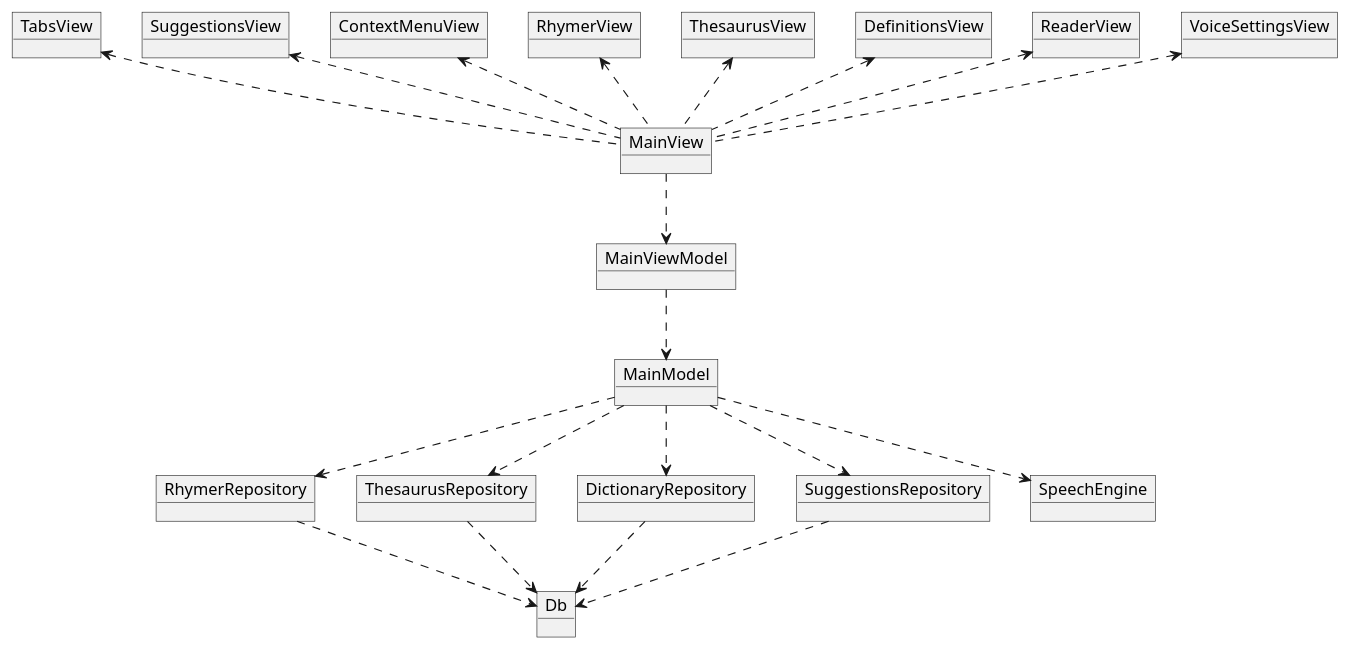
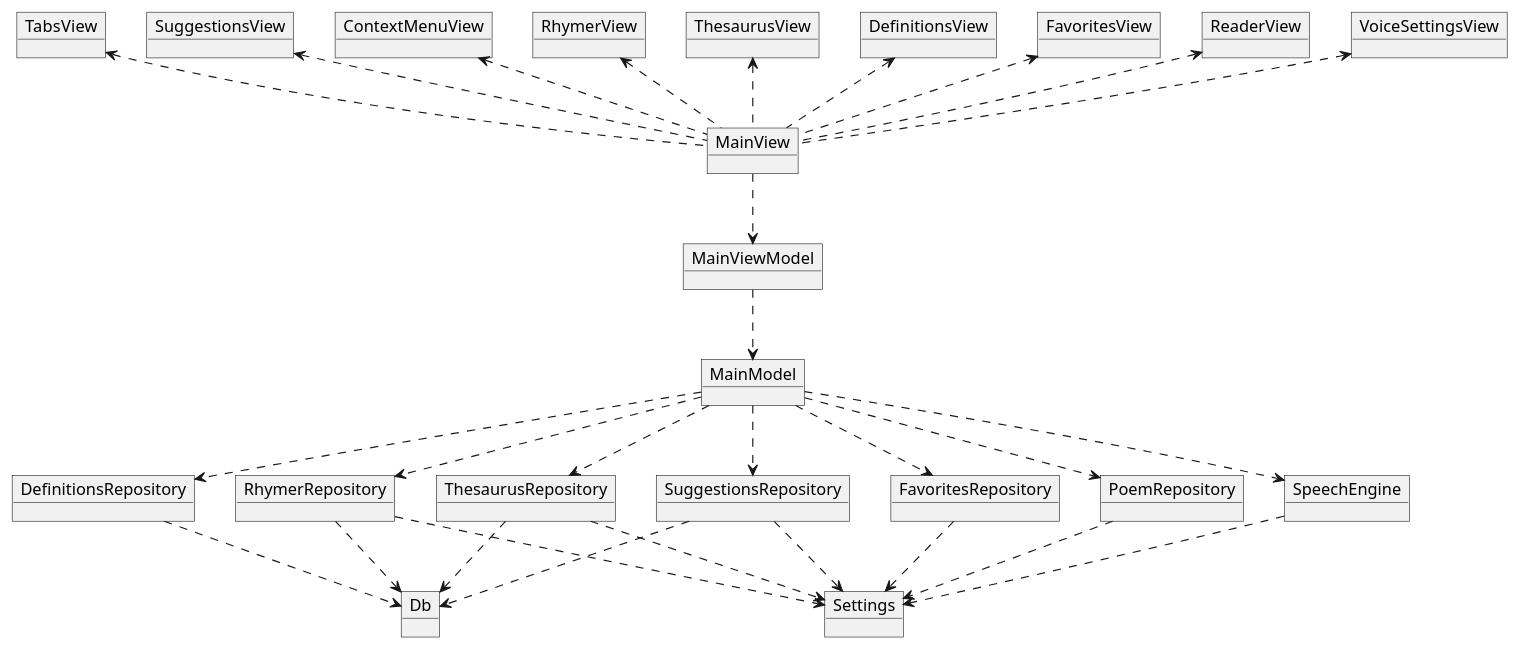
Before and after one commit to caarmen/poet-assistant-web: the diagram in doc/object-diagram.puml, drawn with PlantUML. The commit also changed 22 other files, not shown here.

```diff
--- a/doc/object-diagram.puml
+++ b/doc/object-diagram.puml
@@ -1,47 +1,61 @@
 @startuml
 object TabsView
 object SuggestionsView
 object ContextMenuView
 object RhymerView
 object ThesaurusView
 object DefinitionsView
+object FavoritesView
 object ReaderView
 object VoiceSettingsView
 object MainView
 
 object MainViewModel
 
 object MainModel
 object RhymerRepository
 object ThesaurusRepository
-object DictionaryRepository
+object DefinitionsRepository
+object FavoritesRepository
 object SuggestionsRepository
+object PoemRepository
 object SpeechEngine
 
 
 object Db
+object Settings
 
 TabsView <.. MainView
 ContextMenuView <.. MainView
 RhymerView <.. MainView
 ThesaurusView <.. MainView
 DefinitionsView <.. MainView
+FavoritesView <.. MainView
 ReaderView <.. MainView
 VoiceSettingsView <.. MainView
 SuggestionsView <.. MainView
 MainView ..> MainViewModel
 
 MainViewModel ..> MainModel
 
 MainModel ..> SpeechEngine
 MainModel ..> RhymerRepository
 MainModel ..> ThesaurusRepository 
-MainModel ..> DictionaryRepository
+MainModel ..> DefinitionsRepository
+MainModel ..> FavoritesRepository
 MainModel ..> SuggestionsRepository
+MainModel ..> PoemRepository
 
 RhymerRepository ..> Db
 ThesaurusRepository ..> Db
-DictionaryRepository ..> Db
+DefinitionsRepository ..> Db
 SuggestionsRepository ..> Db
 
+RhymerRepository ..> Settings
+ThesaurusRepository ..> Settings
+FavoritesRepository ..> Settings
+SuggestionsRepository ..> Settings
+PoemRepository ..> Settings
+SpeechEngine ..> Settings
+
 @enduml
```
